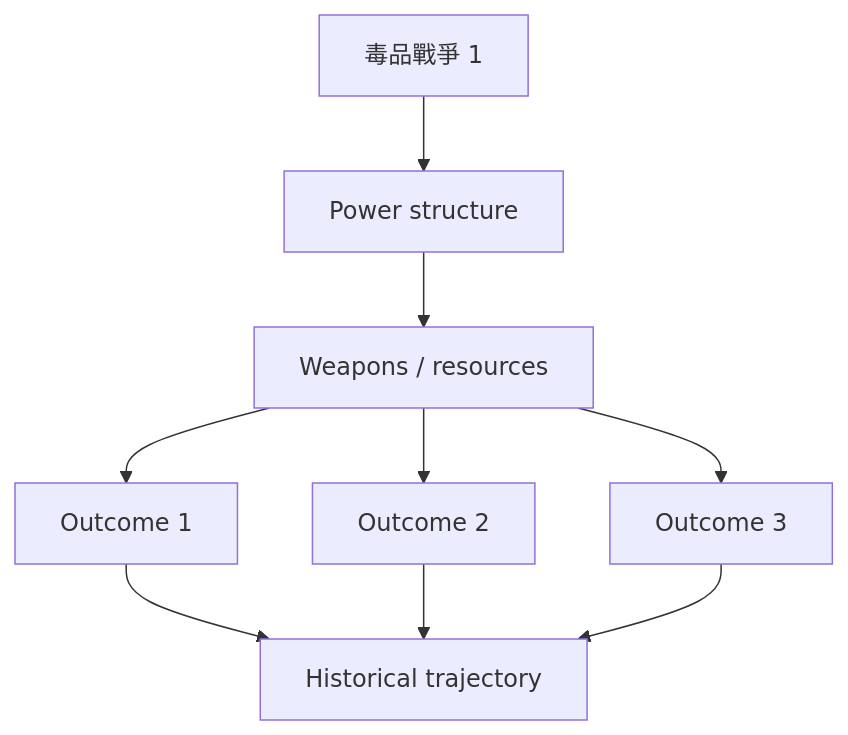
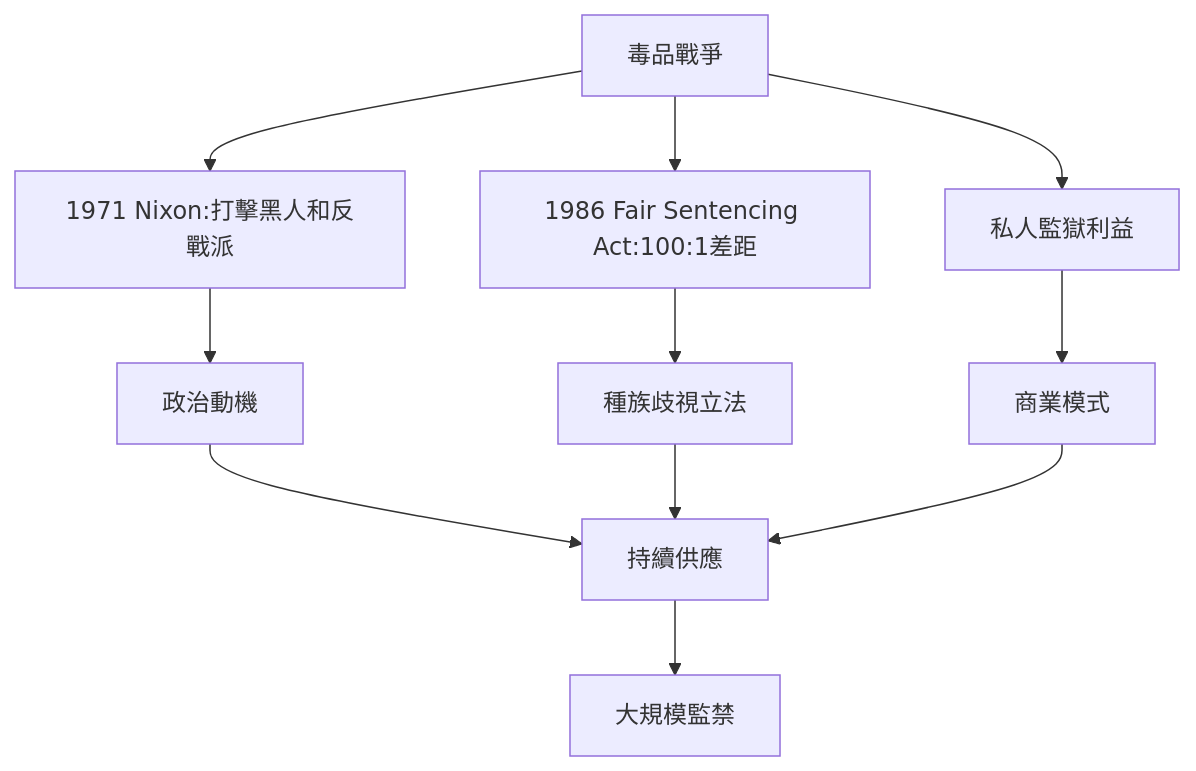
Before and after one commit to yip-lgtm/HKU-Harvard-History-Self-Study: the fourth of 10 diagrams in 02_Harvard_Courses/Fall_Courses/Hist124_Law_and_Order_America.md, drawn with Mermaid. The commit also changed other lines of this file and 65 other files, not shown here.

````diff
--- a/02_Harvard_Courses/Fall_Courses/Hist124_Law_and_Order_America.md
+++ b/02_Harvard_Courses/Fall_Courses/Hist124_Law_and_Order_America.md
@@ -224,11 +223,13 @@
 ```mermaid
 graph TD
-    A[毒品戰爭 1] --> B[Power structure]
-    B --> C[Weapons / resources]
-    C --> D[Outcome 1]
-    C --> E[Outcome 2]
-    C --> F[Outcome 3]
-    D --> G[Historical trajectory]
-    E --> G
-    F --> G
+    A[毒品戰爭] --> B[1971 Nixon:打擊黑人和反戰派]
+    A --> C[1986 Fair Sentencing Act:100:1差距]
+    A --> D[私人監獄利益]
+    B --> E[政治動機]
+    C --> F[種族歧視立法]
+    D --> G[商業模式]
+    E --> H[持續供應]
+    F --> H
+    G --> H
+    H --> I[大規模監禁]
 ```
````
